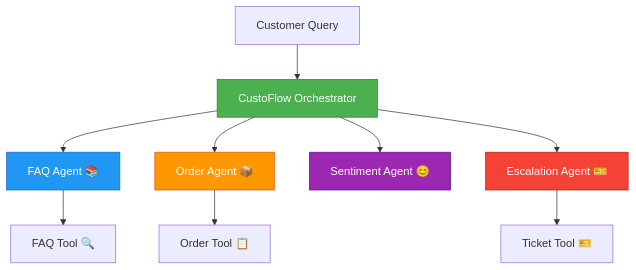
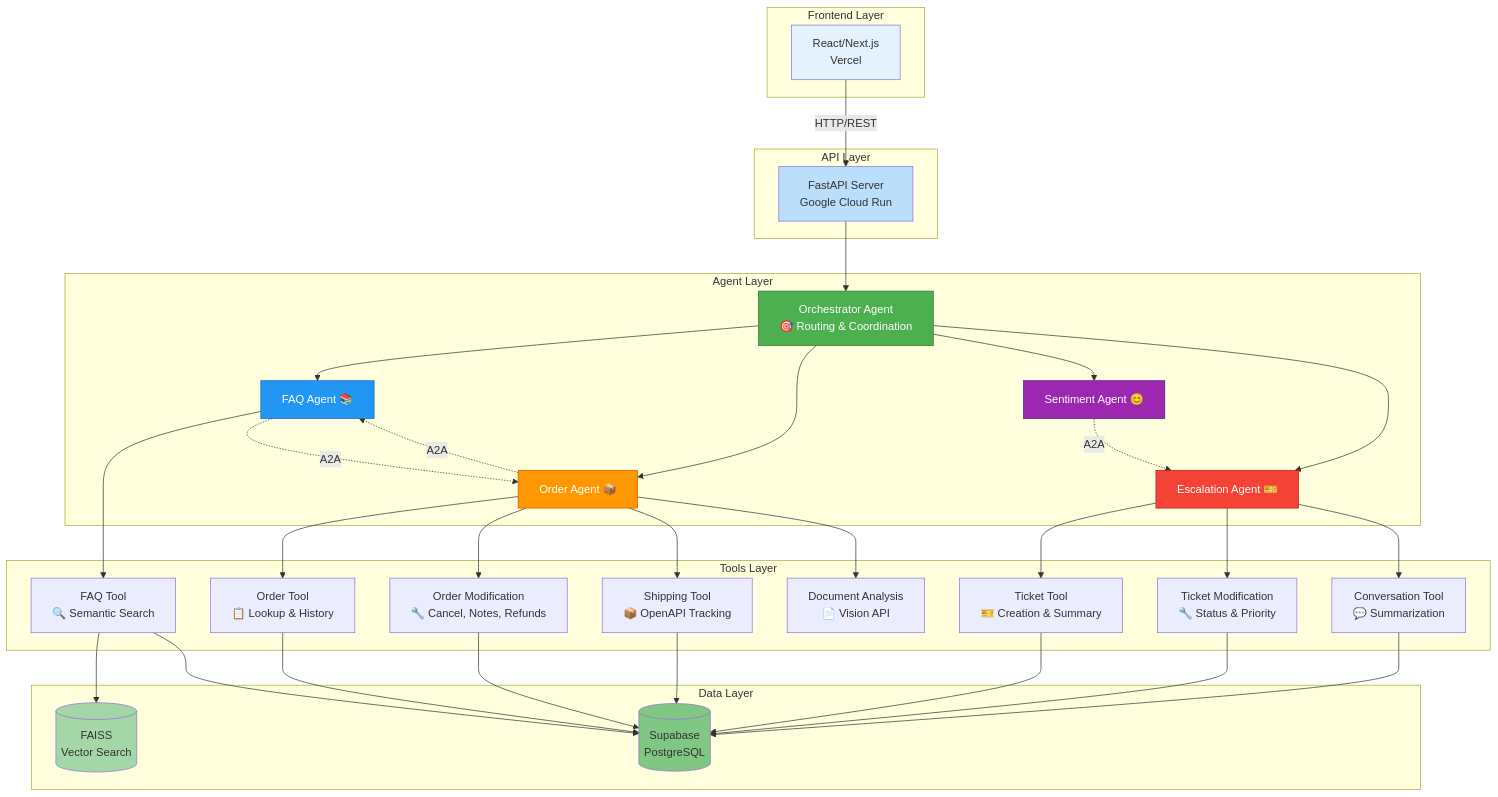
Before and after one commit to Rayyan-Oumlil/CustoFlow: the first of 4 diagrams in README.md, drawn with Mermaid. The commit also changed other lines of this file and 19 other files, not shown here.

Commit message:
Add features diagram, update README with improved Mermaid diagrams, organize assets, and finalize documentation for Kaggle submission

````diff
--- a/README.md
+++ b/README.md
@@ -132,17 +187,72 @@
 ```mermaid
 graph TB
-    Customer[Customer Query] --> Orchestrator[CustoFlow Orchestrator]
-    Orchestrator --> FAQ[FAQ Agent 📚]
-    Orchestrator --> Order[Order Agent 📦]
-    Orchestrator --> Sentiment[Sentiment Agent 😊]
-    Orchestrator --> Escalation[Escalation Agent 🎫]
-    FAQ --> FAQTool[FAQ Tool 🔍]
-    Order --> OrderTool[Order Tool 📋]
-    Escalation --> TicketTool[Ticket Tool 🎫]
+    subgraph "Frontend Layer"
+        Frontend[React/Next.js<br/>Vercel]
+    end
+    
+    subgraph "API Layer"
+        API[FastAPI Server<br/>Google Cloud Run]
+    end
+    
+    subgraph "Agent Layer"
+        Orchestrator[Orchestrator Agent<br/>🎯 Routing & Coordination]
+        FAQ[FAQ Agent 📚]
+        Order[Order Agent 📦]
+        Sentiment[Sentiment Agent 😊]
+        Escalation[Escalation Agent 🎫]
+    end
+    
+    subgraph "Tools Layer"
+        FAQTool[FAQ Tool<br/>🔍 Semantic Search]
+        OrderTool[Order Tool<br/>📋 Lookup & History]
+        OrderMod[Order Modification<br/>🔧 Cancel, Notes, Refunds]
+        Shipping[Shipping Tool<br/>📦 OpenAPI Tracking]
+        TicketTool[Ticket Tool<br/>🎫 Creation & Summary]
+        TicketMod[Ticket Modification<br/>🔧 Status & Priority]
+        Conversation[Conversation Tool<br/>💬 Summarization]
+        Document[Document Analysis<br/>📄 Vision API]
+    end
+    
+    subgraph "Data Layer"
+        Supabase[(Supabase<br/>PostgreSQL)]
+        FAISS[(FAISS<br/>Vector Search)]
+    end
+    
+    Frontend -->|HTTP/REST| API
+    API --> Orchestrator
+    Orchestrator --> FAQ
+    Orchestrator --> Order
+    Orchestrator --> Sentiment
+    Orchestrator --> Escalation
+    
+    FAQ --> FAQTool
+    FAQ -.->|A2A| Order
+    Order --> OrderTool
+    Order --> OrderMod
+    Order --> Shipping
+    Order -.->|A2A| FAQ
+    Sentiment -.->|A2A| Escalation
+    Escalation --> TicketTool
+    Escalation --> TicketMod
+    Escalation --> Conversation
+    Order --> Document
+    
+    FAQTool --> FAISS
+    FAQTool --> Supabase
+    OrderTool --> Supabase
+    OrderMod --> Supabase
+    Shipping --> Supabase
+    TicketTool --> Supabase
+    TicketMod --> Supabase
+    Conversation --> Supabase
     
     style Orchestrator fill:#4CAF50,stroke:#2E7D32,color:#fff
     style FAQ fill:#2196F3,stroke:#1565C0,color:#fff
     style Order fill:#FF9800,stroke:#E65100,color:#fff
     style Sentiment fill:#9C27B0,stroke:#4A148C,color:#fff
     style Escalation fill:#F44336,stroke:#B71C1C,color:#fff
+    style Frontend fill:#E3F2FD
+    style API fill:#BBDEFB
+    style Supabase fill:#81C784
+    style FAISS fill:#A5D6A7
 ```
````
